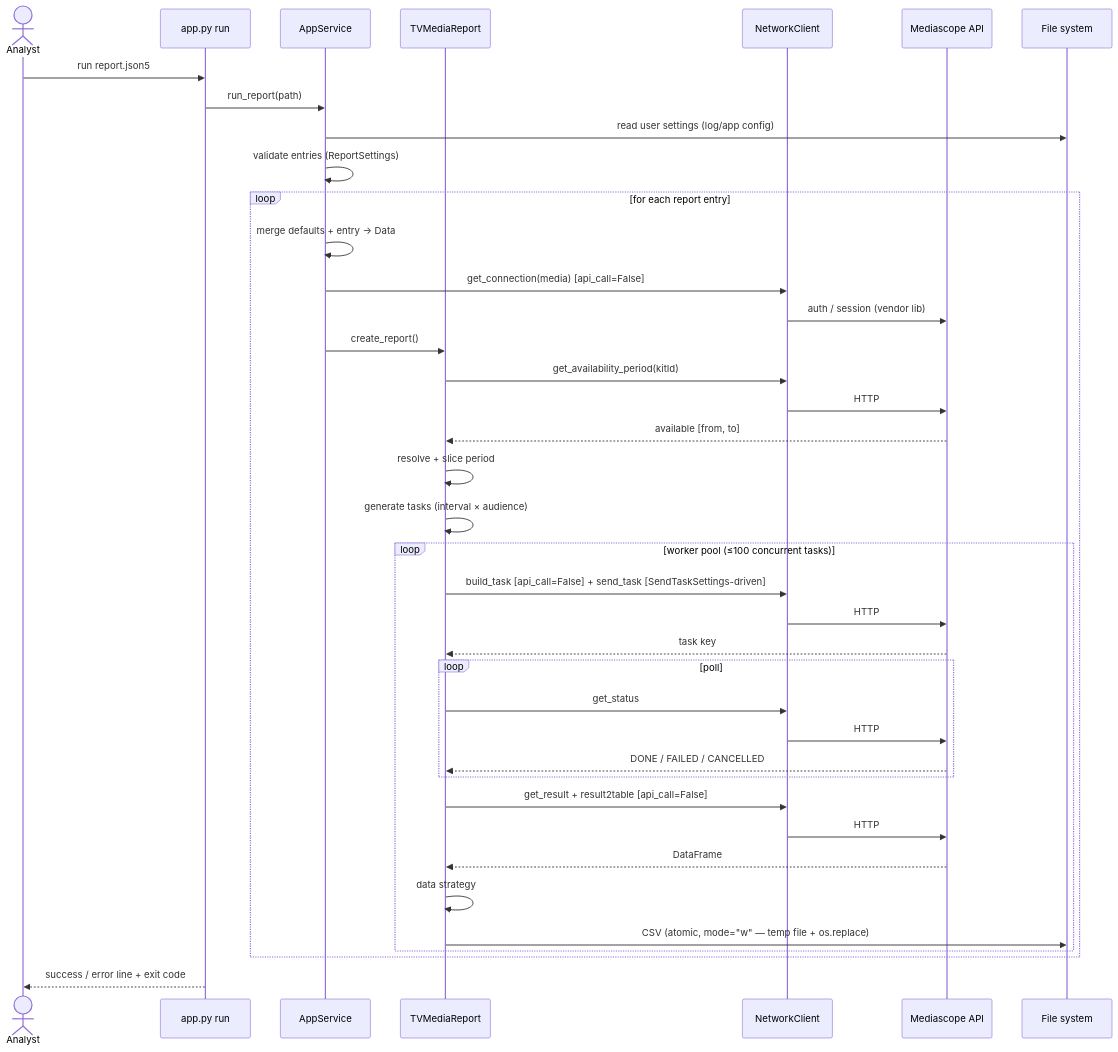
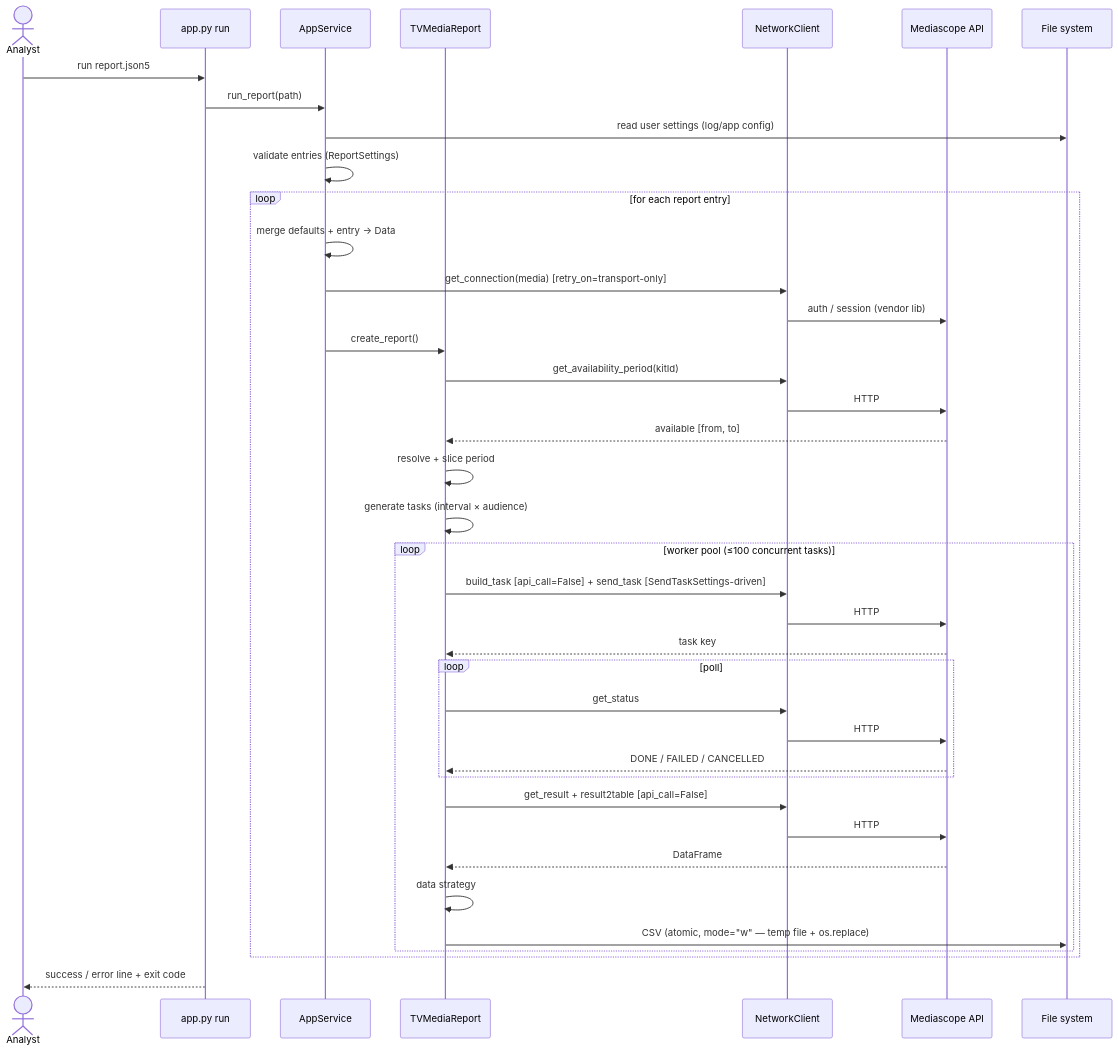
The fourth of 4 diagrams in docs/00-overview/system-architecture.md (manicko/mko_get_mediascope_data), drawn with Mermaid before and after one commit. The commit also changed other lines of this file and 6 other files, not shown here.

````diff
--- a/docs/00-overview/system-architecture.md
+++ b/docs/00-overview/system-architecture.md
@@ -139,41 +139,41 @@
 ```mermaid
 sequenceDiagram
     actor U as Analyst
     participant CLI as app.py run
     participant SVC as AppService
     participant REP as TVMediaReport
     participant NET as NetworkClient
     participant API as Mediascope API
     participant FS as File system
     U->>CLI: run report.json5
     CLI->>SVC: run_report(path)
     SVC->>FS: read user settings (log/app config)
     SVC->>SVC: validate entries (ReportSettings)
     loop for each report entry
         SVC->>SVC: merge defaults + entry → Data
-        SVC->>NET: get_connection(media) [api_call=False]
+        SVC->>NET: get_connection(media) [retry_on=transport-only]
         NET->>API: auth / session (vendor lib)
         SVC->>REP: create_report()
         REP->>NET: get_availability_period(kitId)
         NET->>API: HTTP
         API-->>REP: available [from, to]
         REP->>REP: resolve + slice period
         REP->>REP: generate tasks (interval × audience)
         loop worker pool (≤100 concurrent tasks)
             REP->>NET: build_task [api_call=False] + send_task [SendTaskSettings-driven]
             NET->>API: HTTP
             API-->>REP: task key
             loop poll
                 REP->>NET: get_status
                 NET->>API: HTTP
                 API-->>REP: DONE / FAILED / CANCELLED
             end
             REP->>NET: get_result + result2table [api_call=False]
             NET->>API: HTTP
             API-->>REP: DataFrame
             REP->>REP: data strategy
             REP->>FS: CSV (atomic, mode="w" — temp file + os.replace)
         end
     end
     CLI-->>U: success / error line + exit code
 ```
````
